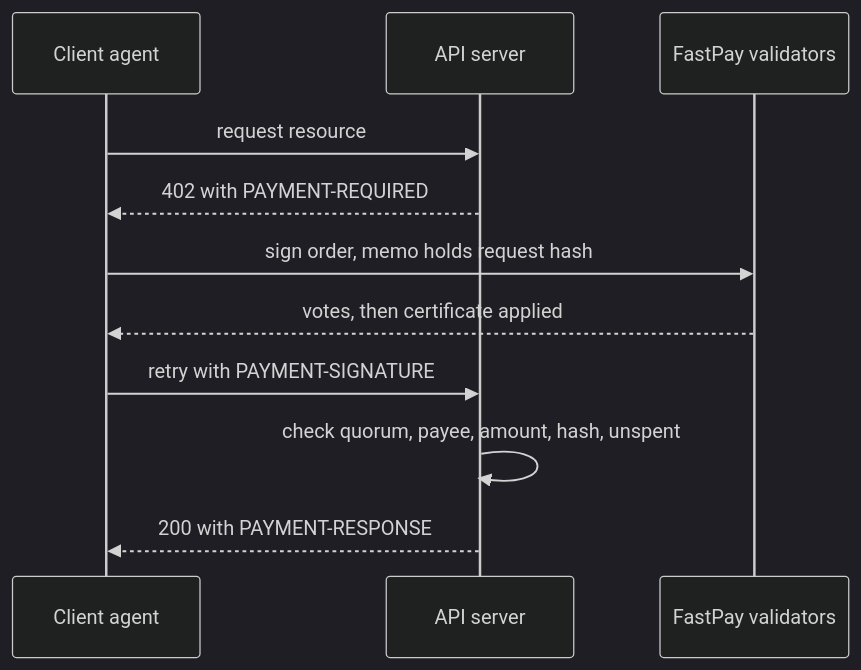
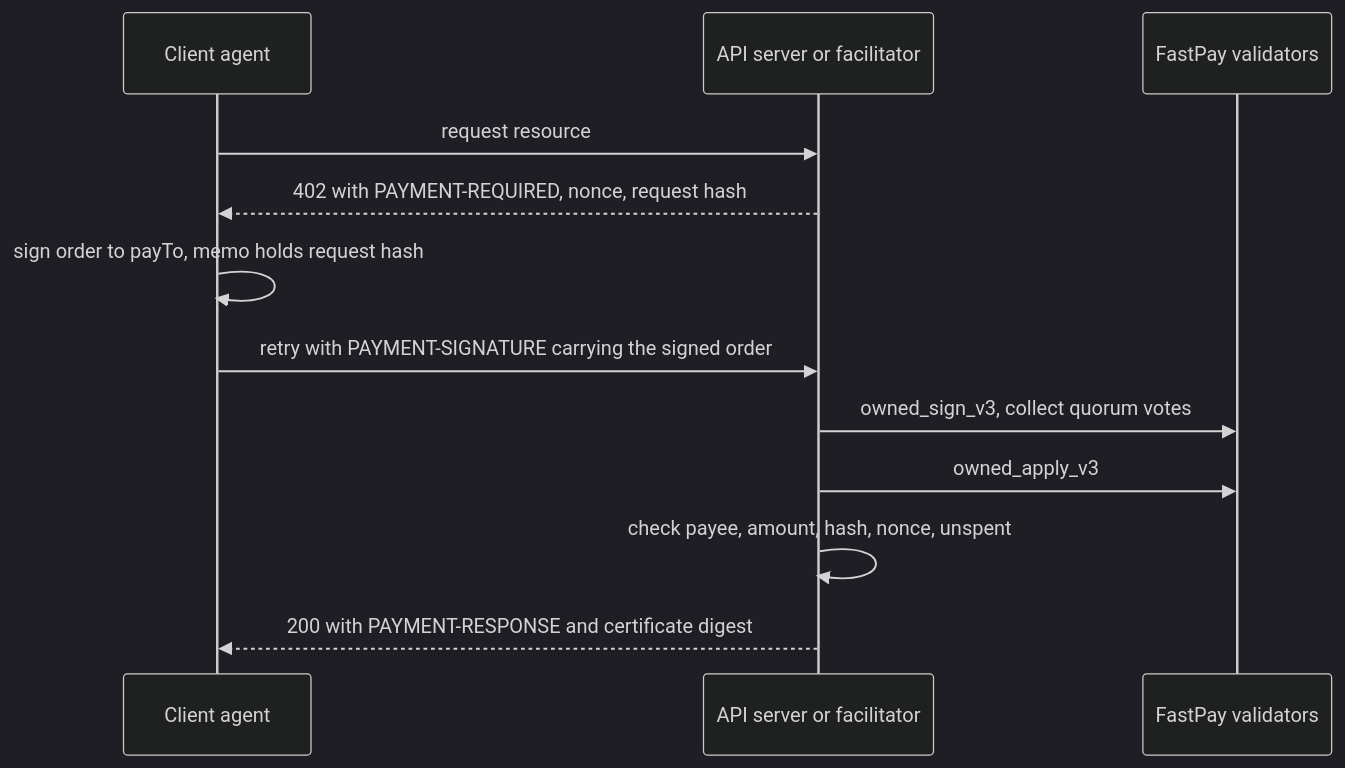
One commit to postfiatorg/postfiatl1v2 changed the second of 2 diagrams in big_milestone/pillars/02-message-protocol.md. Above: the diagram before and after it, drawn with Mermaid (dark theme). The commit also changed other lines of this file and 22 other files, not shown here.

````diff
--- a/big_milestone/pillars/02-message-protocol.md
+++ b/big_milestone/pillars/02-message-protocol.md
@@ -70,13 +71,14 @@
 ```mermaid
 sequenceDiagram
     participant C as Client agent
-    participant S as API server
+    participant S as API server or facilitator
     participant V as FastPay validators
     C->>S: request resource
-    S-->>C: 402 with PAYMENT-REQUIRED
-    C->>V: sign order, memo holds request hash
-    V-->>C: votes, then certificate applied
-    C->>S: retry with PAYMENT-SIGNATURE
-    S->>S: check quorum, payee, amount, hash, unspent
-    S-->>C: 200 with PAYMENT-RESPONSE
+    S-->>C: 402 with PAYMENT-REQUIRED, nonce, request hash
+    C->>C: sign order to payTo, memo holds request hash
+    C->>S: retry with PAYMENT-SIGNATURE carrying the signed order
+    S->>V: owned_sign_v3, collect quorum votes
+    S->>V: owned_apply_v3
+    S->>S: check payee, amount, hash, nonce, unspent
+    S-->>C: 200 with PAYMENT-RESPONSE and certificate digest
 ```
````
